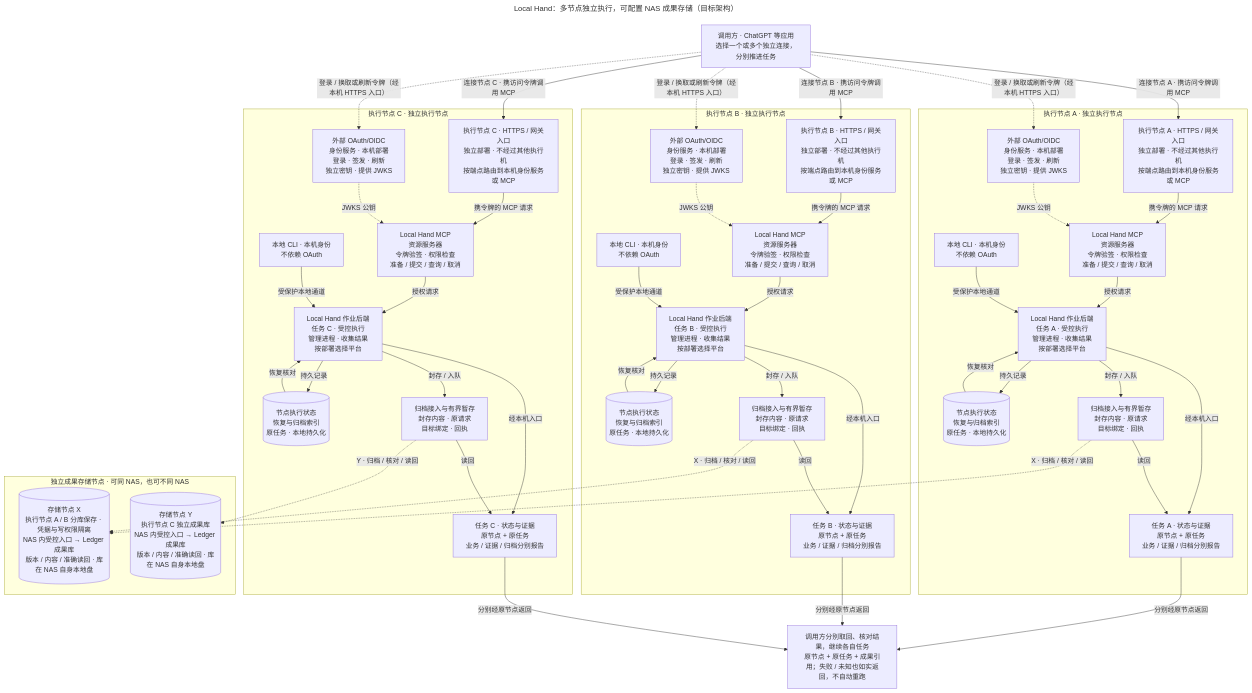
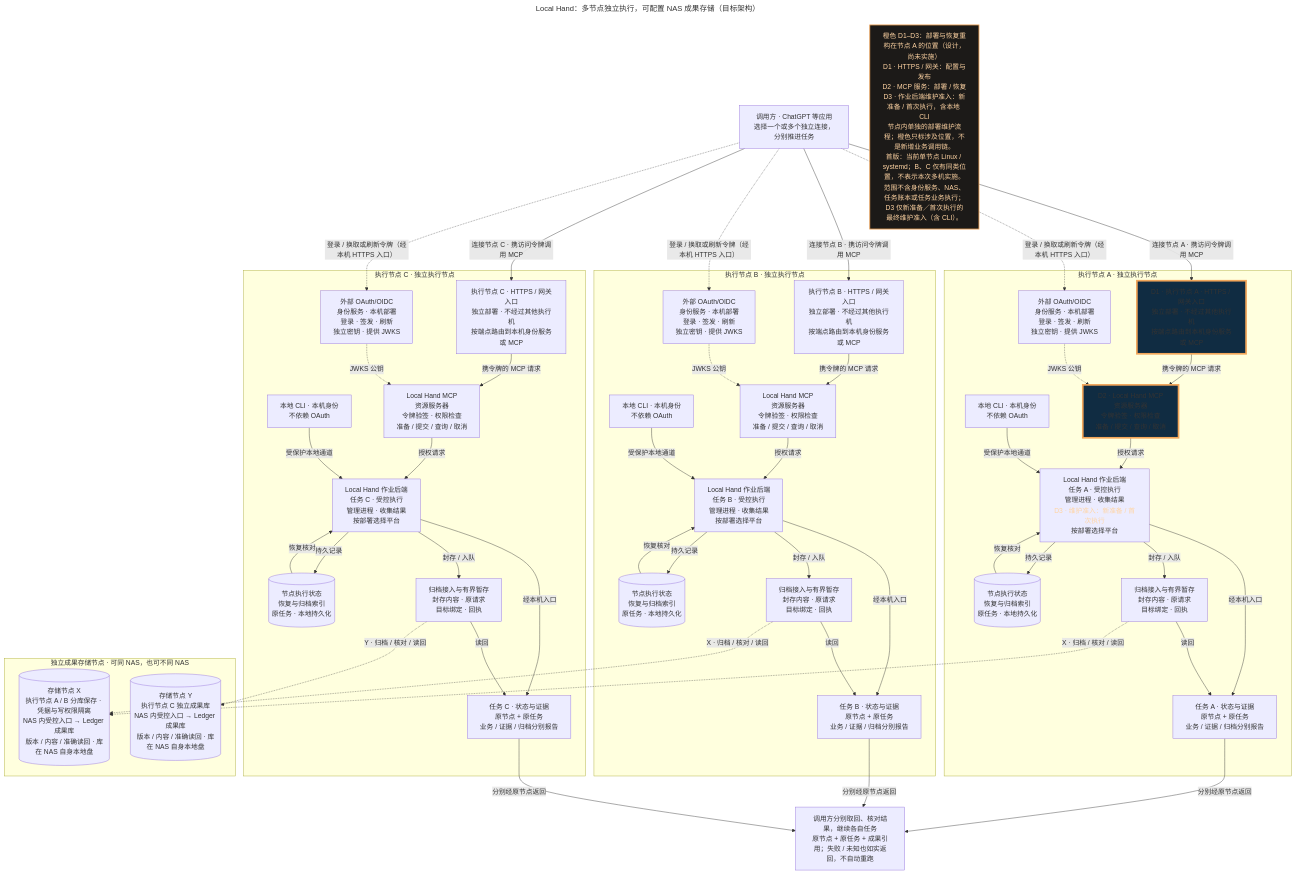
One commit to kongbu0621/infra-local-hand changed the diagram in docs/diagrams/independent-nodes-target.mmd. Above: the diagram before and after it, drawn with Mermaid. The commit also changed 7 other files, not shown here.

Commit message:
docs: mark deployment refactor locations across architecture diagrams

```diff
--- a/docs/diagrams/independent-nodes-target.mmd
+++ b/docs/diagrams/independent-nodes-target.mmd
@@ -1,103 +1,113 @@
 ---
 title: "Local Hand：多节点独立执行，可配置 NAS 成果存储（目标架构）"
 ---
 %% Relationship source; the SVG fixes presentation and is rendered to PNG.
 %% Solid: task control, local persistence and results.
 %% Dashed: labeled authentication or storage exchanges, not task execution.
 %% Every node independently deploys external OAuth/OIDC identity and HTTPS ingress.
 %% Authentication issues tokens; MCP verifies/authorizes. Local CLI does not use OAuth.
 %% Synthetic example: A/B -> X and C -> Y; no actual asset mapping or replication.
 %% NAS hosts the controlled receiver and local Ledger stores in this target.
 %% NAS is not an execution node; callers receive results via original nodes.
 %% Local status and retained evidence do not wait for NAS.
 %% After local payload release, authorized content retrieval may require NAS.
 %% Archive access uses the retained index; reads do not recreate pending items.
+%% Orange D1/D2/D3 locate the separate node-local deployment/recovery workflow.
+%% Node A is the location example, not an actual asset mapping; B/C are analogous only.
+%% First refactor scope: current single-node Linux/systemd, not a multi-machine rollout.
+%% SVG highlights only AB's final maintenance admission, not management or execution.
 flowchart TD
     CALLER["调用方 · ChatGPT 等应用<br/>选择一个或多个独立连接，分别推进任务"]
     subgraph NODE_A["执行节点 A · 独立执行节点"]
-        AE["执行节点 A · HTTPS / 网关入口<br/>独立部署 · 不经过其他执行机<br/>按端点路由到本机身份服务或 MCP"]
-        AM["Local Hand MCP<br/>资源服务器<br/>令牌验签 · 权限检查<br/>准备 / 提交 / 查询 / 取消"]
+        AE["D1 · 执行节点 A · HTTPS / 网关入口<br/>独立部署 · 不经过其他执行机<br/>按端点路由到本机身份服务或 MCP"]
+        AM["D2 · Local Hand MCP<br/>资源服务器<br/>令牌验签 · 权限检查<br/>准备 / 提交 / 查询 / 取消"]
         AI["外部 OAuth/OIDC<br/>身份服务 · 本机部署<br/>登录 · 签发 · 刷新<br/>独立密钥 · 提供 JWKS"]
         AL["本地 CLI · 本机身份<br/>不依赖 OAuth"]
-        AB["Local Hand 作业后端<br/>任务 A · 受控执行<br/>管理进程 · 收集结果<br/>按部署选择平台"]
+        AB["Local Hand 作业后端<br/>任务 A · 受控执行<br/>管理进程 · 收集结果<br/><span style='color:#ffd4a3'>D3 · 维护准入：新准备 / 首次执行</span><br/>按部署选择平台"]
         AS[("节点执行状态<br/>恢复与归档索引<br/>原任务 · 本地持久化")]
         AO["归档接入与有界暂存<br/>封存内容 · 原请求<br/>目标绑定 · 回执"]
         AR["任务 A · 状态与证据<br/>原节点 + 原任务<br/>业务 / 证据 / 归档分别报告"]
         AE -->|"携令牌的 MCP 请求"| AM
         AI -.->|"JWKS 公钥"| AM
         AM -->|"授权请求"| AB
         AL -->|"受保护本地通道"| AB
         AB -->|"持久记录"| AS
         AS -->|"恢复核对"| AB
         AB -->|"封存 / 入队"| AO
         AB -->|"经本机入口"| AR
         AO -->|"读回"| AR
     end
     subgraph NODE_B["执行节点 B · 独立执行节点"]
         BE["执行节点 B · HTTPS / 网关入口<br/>独立部署 · 不经过其他执行机<br/>按端点路由到本机身份服务或 MCP"]
         BM["Local Hand MCP<br/>资源服务器<br/>令牌验签 · 权限检查<br/>准备 / 提交 / 查询 / 取消"]
         BI["外部 OAuth/OIDC<br/>身份服务 · 本机部署<br/>登录 · 签发 · 刷新<br/>独立密钥 · 提供 JWKS"]
         BL["本地 CLI · 本机身份<br/>不依赖 OAuth"]
         BB["Local Hand 作业后端<br/>任务 B · 受控执行<br/>管理进程 · 收集结果<br/>按部署选择平台"]
         BS[("节点执行状态<br/>恢复与归档索引<br/>原任务 · 本地持久化")]
         BO["归档接入与有界暂存<br/>封存内容 · 原请求<br/>目标绑定 · 回执"]
         BR["任务 B · 状态与证据<br/>原节点 + 原任务<br/>业务 / 证据 / 归档分别报告"]
         BE -->|"携令牌的 MCP 请求"| BM
         BI -.->|"JWKS 公钥"| BM
         BM -->|"授权请求"| BB
         BL -->|"受保护本地通道"| BB
         BB -->|"持久记录"| BS
         BS -->|"恢复核对"| BB
         BB -->|"封存 / 入队"| BO
         BB -->|"经本机入口"| BR
         BO -->|"读回"| BR
     end
     subgraph NODE_C["执行节点 C · 独立执行节点"]
         CE["执行节点 C · HTTPS / 网关入口<br/>独立部署 · 不经过其他执行机<br/>按端点路由到本机身份服务或 MCP"]
         CM["Local Hand MCP<br/>资源服务器<br/>令牌验签 · 权限检查<br/>准备 / 提交 / 查询 / 取消"]
         CI["外部 OAuth/OIDC<br/>身份服务 · 本机部署<br/>登录 · 签发 · 刷新<br/>独立密钥 · 提供 JWKS"]
         CL["本地 CLI · 本机身份<br/>不依赖 OAuth"]
         CB["Local Hand 作业后端<br/>任务 C · 受控执行<br/>管理进程 · 收集结果<br/>按部署选择平台"]
         CS[("节点执行状态<br/>恢复与归档索引<br/>原任务 · 本地持久化")]
         CO["归档接入与有界暂存<br/>封存内容 · 原请求<br/>目标绑定 · 回执"]
         CR["任务 C · 状态与证据<br/>原节点 + 原任务<br/>业务 / 证据 / 归档分别报告"]
         CE -->|"携令牌的 MCP 请求"| CM
         CI -.->|"JWKS 公钥"| CM
         CM -->|"授权请求"| CB
         CL -->|"受保护本地通道"| CB
         CB -->|"持久记录"| CS
         CS -->|"恢复核对"| CB
         CB -->|"封存 / 入队"| CO
         CB -->|"经本机入口"| CR
         CO -->|"读回"| CR
     end
 
     CALLER -->|"连接节点 A · 携访问令牌调用 MCP"| AE
     CALLER -.->|"登录 / 换取或刷新令牌（经本机 HTTPS 入口）"| AI
     CALLER -->|"连接节点 B · 携访问令牌调用 MCP"| BE
     CALLER -.->|"登录 / 换取或刷新令牌（经本机 HTTPS 入口）"| BI
     CALLER -->|"连接节点 C · 携访问令牌调用 MCP"| CE
     CALLER -.->|"登录 / 换取或刷新令牌（经本机 HTTPS 入口）"| CI
     subgraph STORAGE["独立成果存储节点 · 可同 NAS，也可不同 NAS"]
         SX[("存储节点 X<br/>执行节点 A / B 分库保存 · 凭据与写权限隔离<br/>NAS 内受控入口 → Ledger 成果库<br/>版本 / 内容 / 准确读回 · 库在 NAS 自身本地盘")]
         SY[("存储节点 Y<br/>执行节点 C 独立成果库<br/>NAS 内受控入口 → Ledger 成果库<br/>版本 / 内容 / 准确读回 · 库在 NAS 自身本地盘")]
     end
     AO -.->|"X · 归档 / 核对 / 读回"| SX
     BO -.->|"X · 归档 / 核对 / 读回"| SX
     CO -.->|"Y · 归档 / 核对 / 读回"| SY
     R["调用方分别取回、核对结果，继续各自任务<br/>原节点 + 原任务 + 成果引用；失败 / 未知也如实返回，不自动重跑"]
     AR -->|"分别经原节点返回"| R
     BR -->|"分别经原节点返回"| R
     CR -->|"分别经原节点返回"| R
 
+    REFACTOR_NOTE["橙色 D1–D3：部署与恢复重构在节点 A 的位置（设计，尚未实施）<br/>D1 · HTTPS / 网关：配置与发布<br/>D2 · MCP 服务：部署 / 恢复<br/>D3 · 作业后端维护准入：新准备 / 首次执行，含本地 CLI<br/>节点内单独的部署维护流程；橙色只标涉及位置，不是新增业务调用链。<br/>首版：当前单节点 Linux / systemd；B、C 仅有同类位置，不表示本次多机实施。<br/>范围不含身份服务、NAS、任务账本或任务业务执行；D3 仅新准备／首次执行的最终维护准入（含 CLI）。"]
+    classDef deploymentTouch fill:#102c42,stroke:#f2a65a,stroke-width:4px
+    classDef deploymentLegend fill:#1c1a18,stroke:#f2a65a,color:#ffd4a3,stroke-width:2px
+    class AE,AM deploymentTouch
+    class REFACTOR_NOTE deploymentLegend
+
     %% NAS receiver and outbox are planned; A2 snapshots already exist.
     %% First archive scope: successful, exited and sealed results only.
     %% Other outcomes remain on original nodes and are returned truthfully.
     %% Finite local retention: outage can cause task-specific backpressure.
     %% Platform profiles are selected per deployment; full chains remain to verify.
     %% Node labels and count are illustrative, not actual assets or product limits.
 
     %% Each node owns independent auth configuration, identity data and signing keys.
     %% The IdP is an external product; Local Hand implements resource verification/authorization.
     %% DNS, certificate and network services remain explicit external dependencies.
     %% Independent cold start, new login and refresh with peer execution nodes off remain to verify.
```
